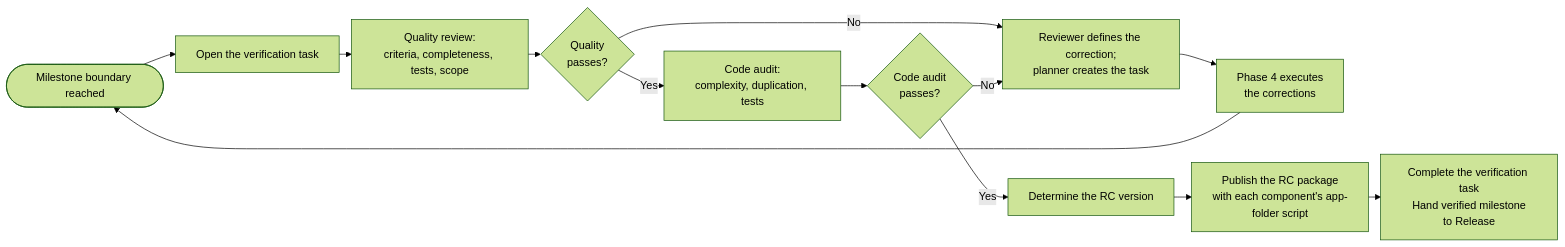
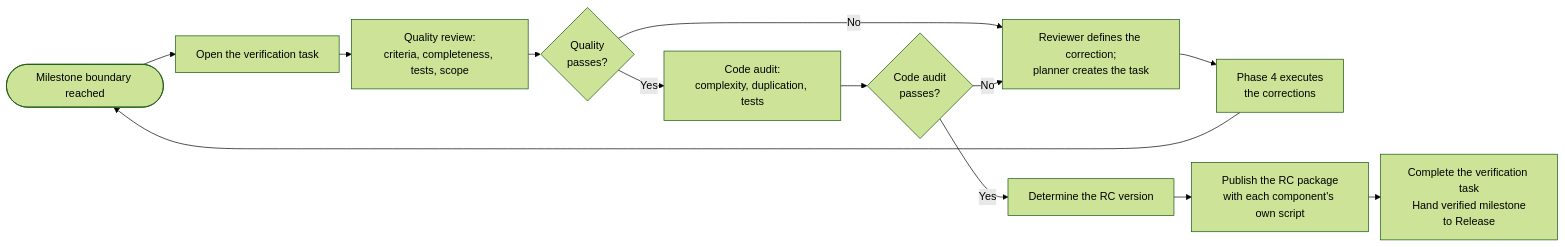
The diagram in workflows/orchestrator/5-Verification.md (lyndametref/opencode-dev-workflow), drawn with Mermaid (forest theme) before and after one commit. The commit also changed other lines of this file and 11 other files, not shown here.

First line of the commit message:
Allow repository-root build-package script for single-app projects

````diff
--- a/workflows/orchestrator/5-Verification.md
+++ b/workflows/orchestrator/5-Verification.md
@@ -32,16 +32,16 @@
 ```mermaid
 %%{init: {"flowchart": {"nodeSpacing": 10, "rankSpacing": 18}}}%%
 flowchart LR
     IN([Milestone boundary reached]) --> OPEN["Open the verification task"]
     OPEN --> QR["Quality review:<br/>criteria, completeness, tests, scope"]
     QR --> QOK{"Quality<br/>passes?"}
     QOK -->|"No"| CORR["Reviewer defines the correction;<br/>planner creates the task"]
     CORR --> IMPL["Phase 4 executes<br/>the corrections"]
     IMPL --> IN
     QOK -->|"Yes"| CA["Code audit:<br/>complexity, duplication, tests"]
     CA --> COK{"Code audit<br/>passes?"}
     COK -->|"No"| CORR
     COK -->|"Yes"| RCV["Determine the RC version"]
-    RCV --> PKG["Publish the RC package<br/>with each component's app-folder script"]
+    RCV --> PKG["Publish the RC package<br/>with each component's own script"]
     PKG --> OUT["Complete the verification task<br/>Hand verified milestone<br/>to Release"]
 ```
````
